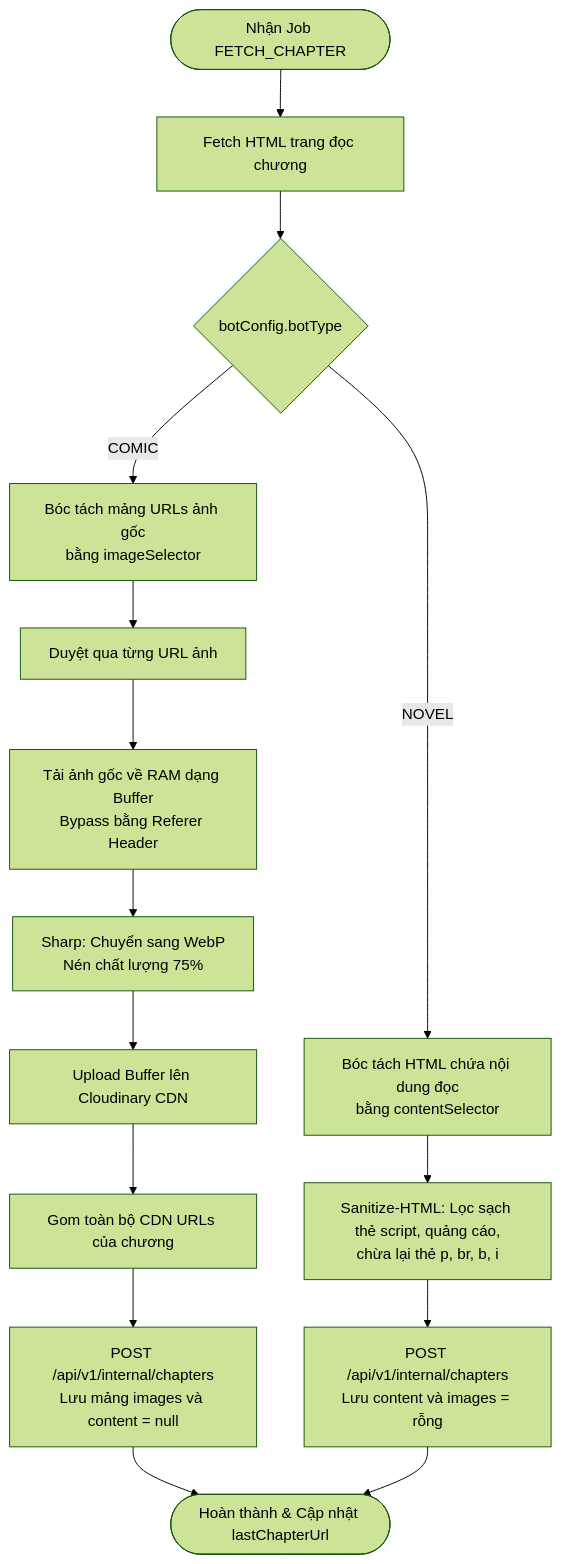
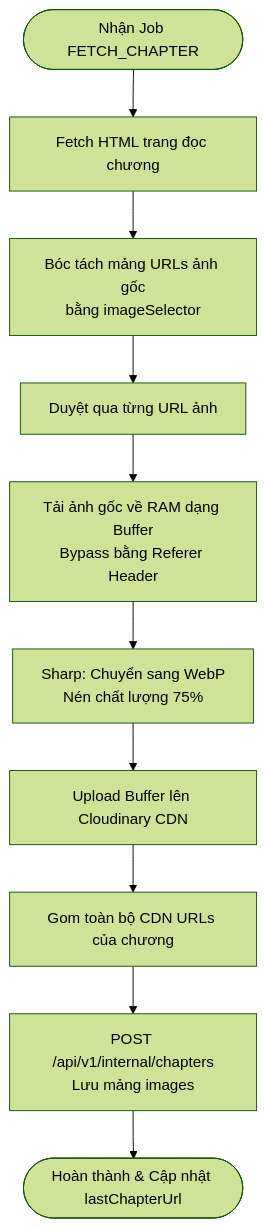
Before and after one commit to qhuy2412/manga_bot: the fourth of 7 diagrams in docs/SDS.md, drawn with Mermaid (forest theme). The commit also changed other lines of this file and 28 other files, not shown here.

Commit message:
refactor: restructure api-server into layered modular architecture

````diff
--- a/docs/SDS.md
+++ b/docs/SDS.md
@@ -206,22 +205,12 @@
 ```mermaid
 flowchart TD
     Start([Nhận Job FETCH_CHAPTER]) --> FetchHTML[Fetch HTML trang đọc chương]
-    FetchHTML --> CheckBotType{botConfig.botType}
-    
-    %% Nhánh TRUYỆN TRANH
-    CheckBotType -- COMIC --> ExtractImg[Bóc tách mảng URLs ảnh gốc\nbằng imageSelector]
+    FetchHTML --> ExtractImg[Bóc tách mảng URLs ảnh gốc\nbằng imageSelector]
     ExtractImg --> LoopImg[Duyệt qua từng URL ảnh]
     LoopImg --> DownImg[Tải ảnh gốc về RAM dạng Buffer\nBypass bằng Referer Header]
     DownImg --> Sharp[Sharp: Chuyển sang WebP\nNén chất lượng 75%]
     Sharp --> Upload[Upload Buffer lên Cloudinary CDN]
     Upload --> CollectUrls[Gom toàn bộ CDN URLs của chương]
-    CollectUrls --> SaveComic[POST /api/v1/internal/chapters\nLưu mảng images và content = null]
-    
-    %% Nhánh TRUYỆN CHỮ
-    CheckBotType -- NOVEL --> ExtractText[Bóc tách HTML chứa nội dung đọc\nbằng contentSelector]
-    ExtractText --> Sanitize[Sanitize-HTML: Lọc sạch thẻ script, quảng cáo,\nchừa lại thẻ p, br, b, i]
-    Sanitize --> SaveNovel[POST /api/v1/internal/chapters\nLưu content và images = rỗng]
-    
+    CollectUrls --> SaveComic[POST /api/v1/internal/chapters\nLưu mảng images]
     SaveComic --> End([Hoàn thành & Cập nhật lastChapterUrl])
-    SaveNovel --> End
 ```
````
